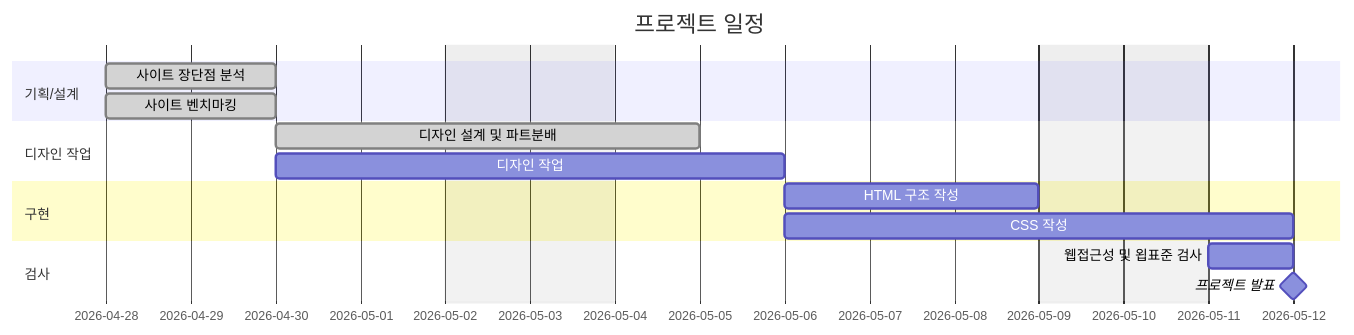
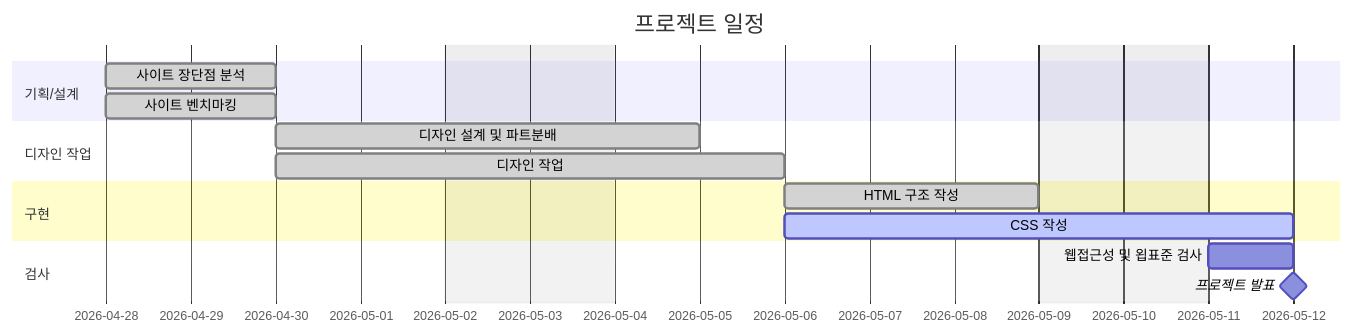
The diagram in README.md (eodrn7021-cell/est_13_1st_project_clone), drawn with Mermaid before and after one commit.

Commit message:
doc: 간트 차트 진행 상황 반영

````diff
--- a/README.md
+++ b/README.md
@@ -26,22 +26,22 @@
 ```mermaid
 gantt
     title 프로젝트 일정
     dateFormat  YYYY-MM-DD
     excludes    weekends
 
     section 기획/설계
     사이트 장단점 분석 :done, 2026-04-28, 2d
     사이트 벤치마킹 :done, 2026-04-28, 2d
 
     section 디자인 작업
     디자인 설계 및 파트분배 :done, 2026-04-30, 3d
-    디자인 작업 : 2026-04-30, 4d
+    디자인 작업 : done, 2026-04-30, 4d
 
     section 구현
-    HTML 구조 작성 : 2026-05-06, 3d
-    CSS 작성 : 2026-05-06, 4d
+    HTML 구조 작성 : done, 2026-05-06, 3d
+    CSS 작성 : active, 2026-05-06, 4d
 
     section 검사
     웹접근성 및 욉표준 검사 : 2026-05-11, 1d
     프로젝트 발표 : milestone, 2026-05-12, 0d
 ```
````
